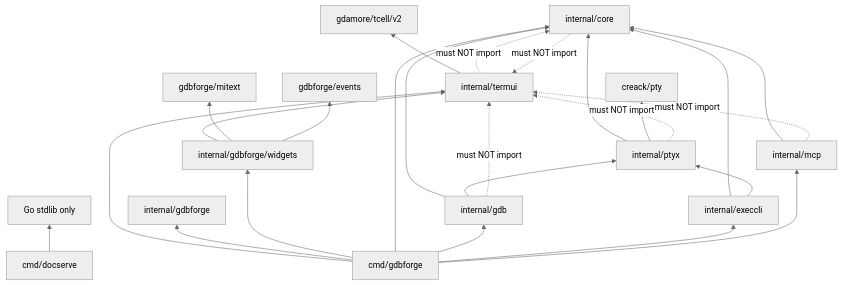
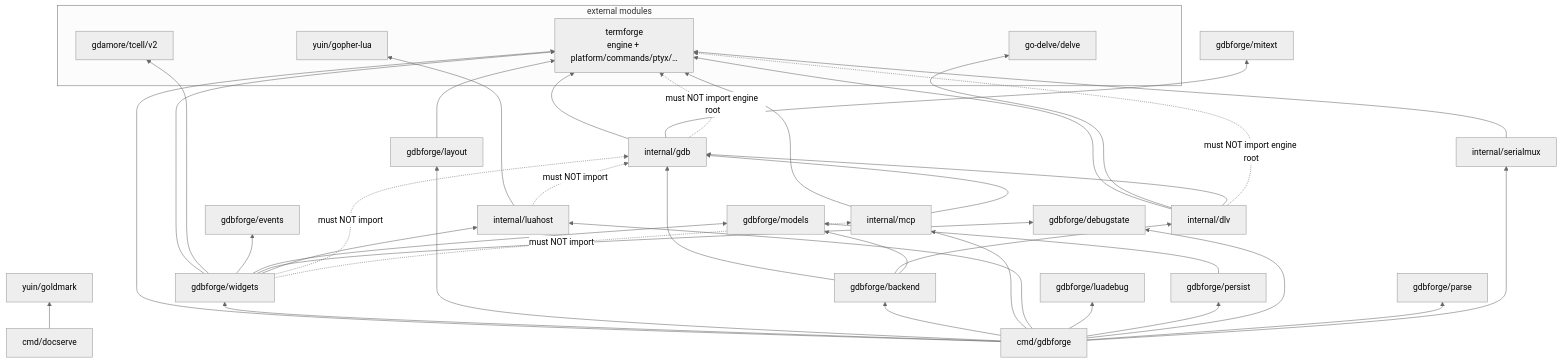
Before and after one commit to yairgd/gdbforge: the diagram in docs/DEPENDENCIES.md, drawn with Mermaid (neutral theme). The commit also changed other lines of this file and 267 other files, not shown here.

````diff
--- a/docs/DEPENDENCIES.md
+++ b/docs/DEPENDENCIES.md
@@ -102,44 +93,71 @@
 ```mermaid
 flowchart BT
-    tcell["gdamore/tcell/v2"]
-    ptyLib["creack/pty"]
+    subgraph External["external modules"]
+        termforge["termforge<br/>engine + platform/commands/ptyx/…"]
+        tcell["gdamore/tcell/v2"]
+        delve["go-delve/delve"]
+        lua["yuin/gopher-lua"]
+    end
 
-    termui["internal/termui"]
-    gdbforge_pkg["internal/gdbforge"]
-    widgets["internal/gdbforge/widgets"]
-    core["internal/core"]
-    ptyx["internal/ptyx"]
     gdb["internal/gdb"]
-    execcli["internal/execcli"]
+    dlv["internal/dlv"]
     mcp["internal/mcp"]
-    gdbforge_cmd["cmd/gdbforge"]
+    luahost["internal/luahost"]
+    serialmux["internal/serialmux"]
+
+    models["gdbforge/models"]
+    mitext["gdbforge/mitext"]
+    parse["gdbforge/parse"]
+    events["gdbforge/events"]
+    debugstate["gdbforge/debugstate"]
+    backend["gdbforge/backend"]
+    widgets["gdbforge/widgets"]
+    layoutpkg["gdbforge/layout"]
+    luadebug["gdbforge/luadebug"]
+    persist["gdbforge/persist"]
+
+    app["cmd/gdbforge"]
     docserve["cmd/docserve"]
 
-    termui --> tcell
-    widgets --> termui
-    widgets --> mitext["gdbforge/mitext"]
-    widgets --> events["gdbforge/events"]
-    ptyx --> core
-    ptyx --> ptyLib
-    gdb --> core
-    gdb --> ptyx
-    execcli --> core
-    execcli --> ptyx
-    mcp --> core
+    gdb --> termforge
+    dlv --> termforge
+    dlv --> delve
+    mcp --> termforge
+    luahost --> lua
+    serialmux --> termforge
+    persist --> models
 
-    gdbforge_cmd --> termui
-    gdbforge_cmd --> gdbforge_pkg
-    gdbforge_cmd --> widgets
-    gdbforge_cmd --> core
-    gdbforge_cmd --> gdb
-    gdbforge_cmd --> execcli
-    gdbforge_cmd --> mcp
+    widgets --> termforge
+    widgets --> tcell
+    widgets --> events
+    widgets --> models
+    widgets --> debugstate
+    widgets --> luahost
+    layoutpkg --> termforge
+    backend --> gdb
+    backend --> dlv
+    backend --> models
+    gdb --> mitext
+    mcp --> gdb
+    dlv --> gdb
 
-    docserve --> stdlib["Go stdlib only"]
+    app --> termforge
+    app --> widgets
+    app --> layoutpkg
+    app --> backend
+    app --> mcp
+    app --> luahost
+    app --> luadebug
+    app --> persist
+    app --> debugstate
+    app --> parse
+    app --> serialmux
 
-    gdb -.->|"must NOT import"| termui
-    ptyx -.->|"must NOT import"| termui
-    mcp -.->|"must NOT import"| termui
-    core -.->|"must NOT import"| termui
-    termui -.->|"must NOT import"| core
+    docserve --> goldmark["yuin/goldmark"]
+
+    gdb -.->|"must NOT import engine root"| termforge
+    dlv -.->|"must NOT import engine root"| termforge
+    widgets -.->|"must NOT import"| gdb
+    widgets -.->|"must NOT import"| mcp
+    luahost -.->|"must NOT import"| gdb
 ```
````
